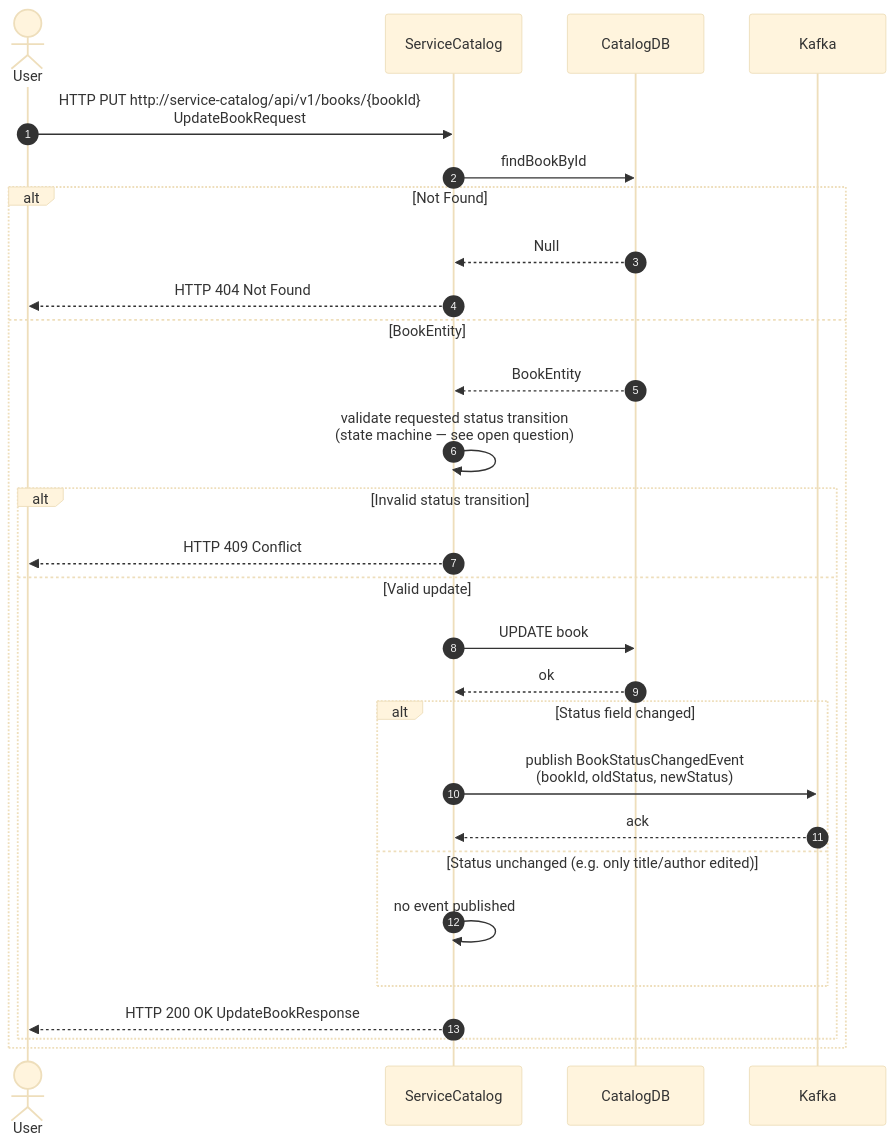
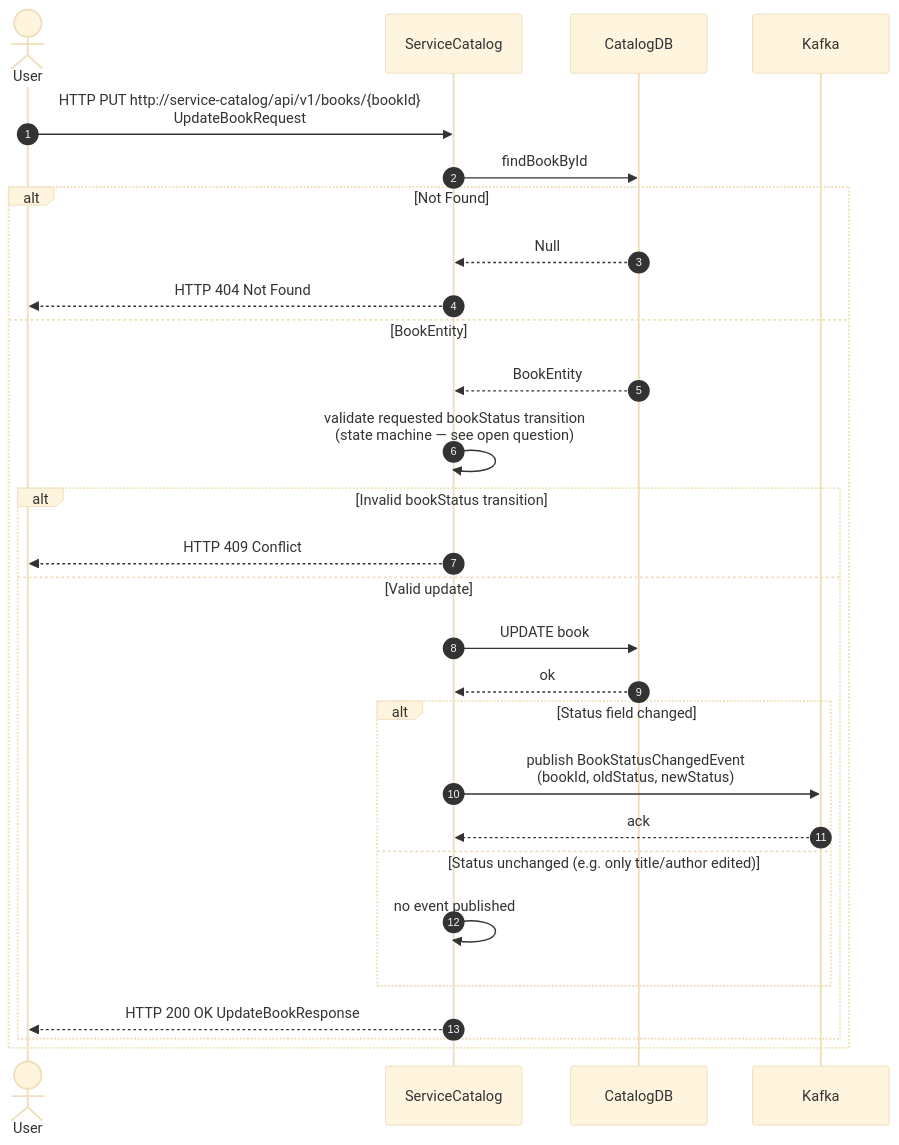
Before and after one commit to Hattatoglu/library-of-alexandria: the diagram in service/service-catalog/documents/HLD/HLD-CF-04 Update Book Flow.mermaid, drawn with Mermaid (base theme). The commit also changed 64 other files, not shown here.

```diff
--- a/service/service-catalog/documents/HLD/HLD-CF-04 Update Book Flow.mermaid
+++ b/service/service-catalog/documents/HLD/HLD-CF-04 Update Book Flow.mermaid
@@ -1,29 +1,29 @@
 sequenceDiagram
     autonumber
     actor User
     participant ServiceCatalog
     participant CatalogDB
     participant Kafka
 
     User           ->>  ServiceCatalog      :   HTTP PUT http://service-catalog/api/v1/books/{bookId} <br/>UpdateBookRequest
     ServiceCatalog ->>  CatalogDB           :   findBookById
     alt Not Found
         CatalogDB      -->> ServiceCatalog  :   Null
         ServiceCatalog -->> User            :   HTTP 404 Not Found
     else BookEntity
         CatalogDB      -->> ServiceCatalog  :   BookEntity
-        ServiceCatalog ->>  ServiceCatalog  :   validate requested status transition<br/>(state machine — see open question)
-        alt Invalid status transition
+        ServiceCatalog ->>  ServiceCatalog  :   validate requested bookStatus transition<br/>(state machine — see open question)
+        alt Invalid bookStatus transition
             ServiceCatalog -->> User        :   HTTP 409 Conflict
         else Valid update
             ServiceCatalog ->>  CatalogDB   :   UPDATE book
             CatalogDB      -->> ServiceCatalog : ok
             alt Status field changed
                 ServiceCatalog ->>  Kafka   :   publish BookStatusChangedEvent <br/>(bookId, oldStatus, newStatus)
                 Kafka          -->> ServiceCatalog : ack
             else Status unchanged (e.g. only title/author edited)
                 ServiceCatalog ->>  ServiceCatalog : no event published
             end
             ServiceCatalog -->> User        :   HTTP 200 OK UpdateBookResponse
         end
     end
```
